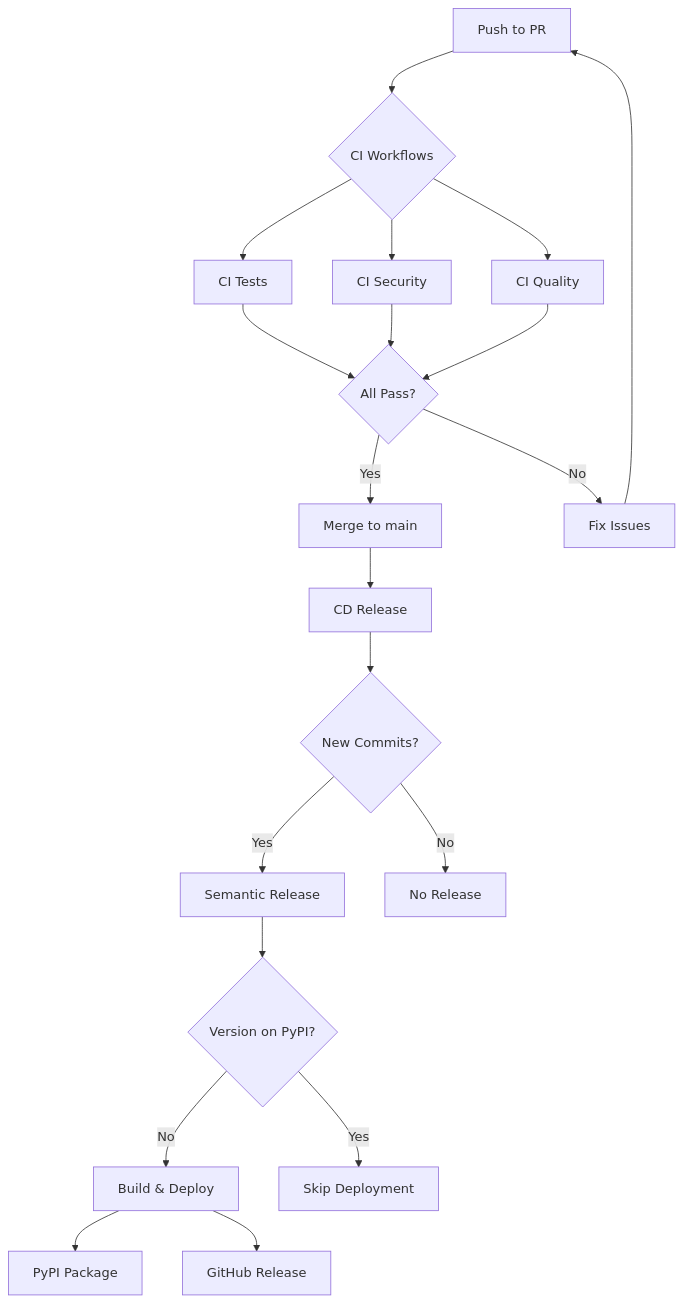
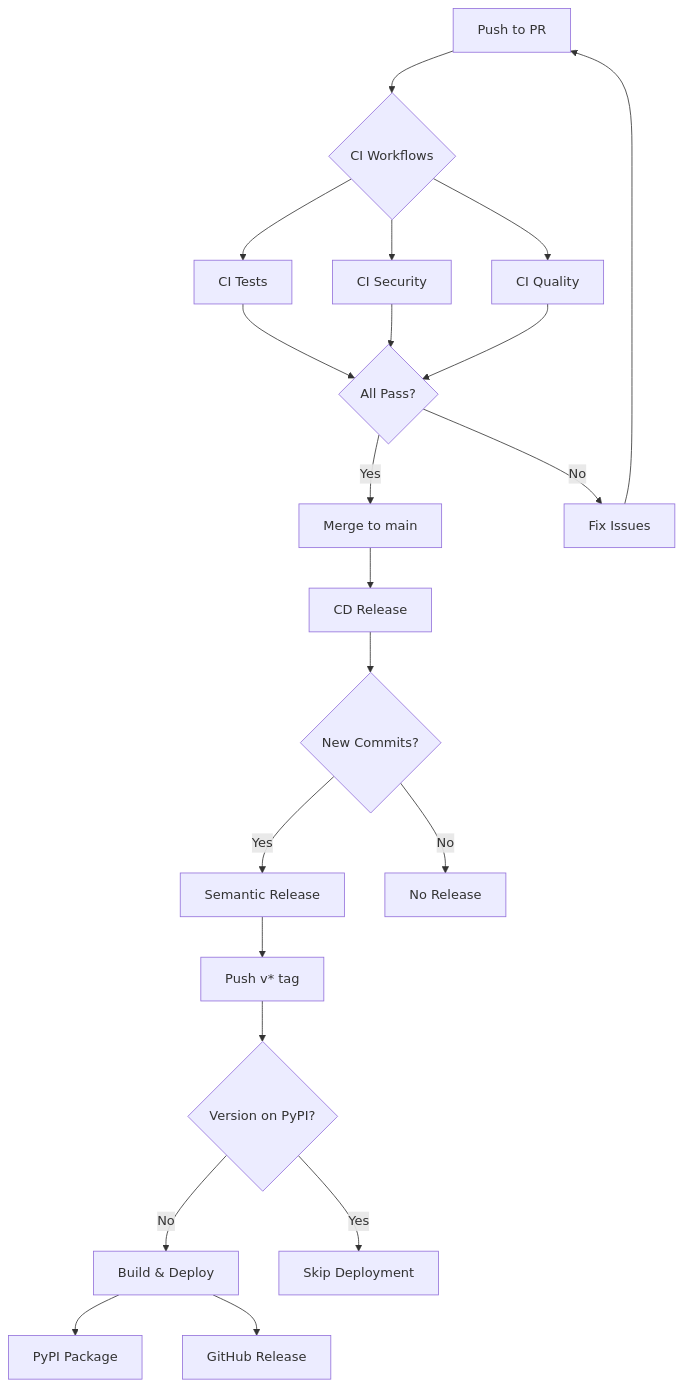
The diagram in docs/CI_CD.md (frankyxhl/fx_bin), drawn with Mermaid before and after one commit. The commit also changed other lines of this file, not shown here.

Commit message:
docs: clarify tag-based PyPI publishing

````diff
--- a/docs/CI_CD.md
+++ b/docs/CI_CD.md
@@ -448,27 +454,28 @@
 ```mermaid
 graph TB
     A[Push to PR] --> B{CI Workflows}
     B --> C[CI Tests]
     B --> D[CI Security]
     B --> E[CI Quality]
 
     C --> F{All Pass?}
     D --> F
     E --> F
 
     F -->|Yes| G[Merge to main]
     F -->|No| H[Fix Issues]
     H --> A
 
     G --> I[CD Release]
     I --> J{New Commits?}
     J -->|Yes| K[Semantic Release]
     J -->|No| L[No Release]
 
-    K --> M{Version on PyPI?}
+    K --> T[Push v* tag]
+    T --> M{Version on PyPI?}
     M -->|No| N[Build & Deploy]
     M -->|Yes| O[Skip Deployment]
 
     N --> P[PyPI Package]
     N --> Q[GitHub Release]
 ```
````
